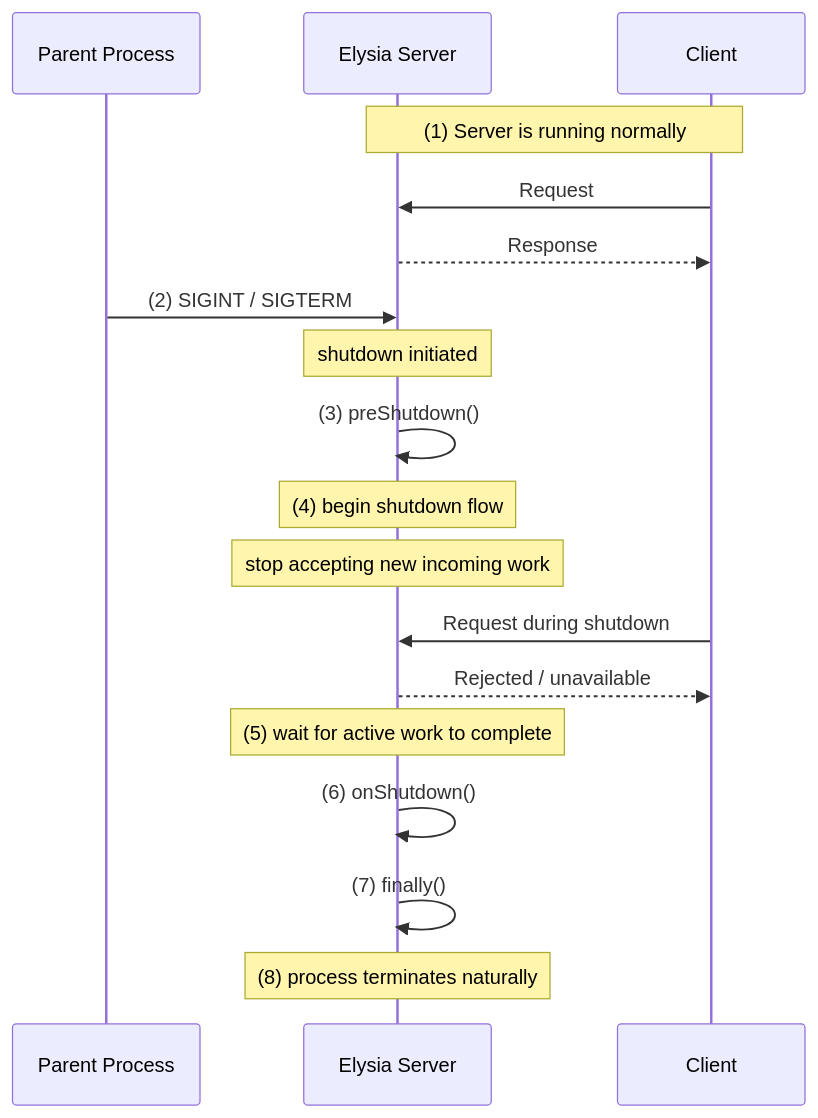
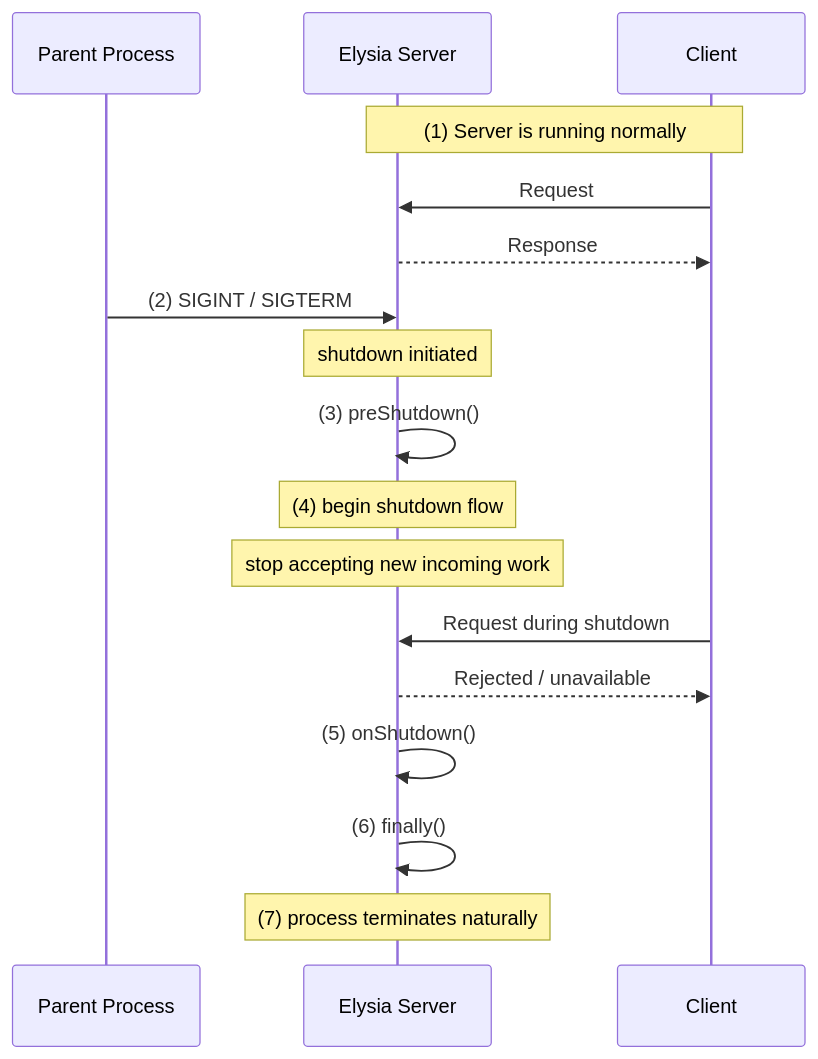
One commit to Naviary-Sanctuary/elysia-graceful-shutdown changed the diagram in README.md. Above: the diagram before and after it, drawn with Mermaid. The commit also changed other lines of this file and 8 other files, not shown here.

````diff
--- a/README.md
+++ b/README.md
@@ -61,29 +58,27 @@
 ```mermaid
 sequenceDiagram
     participant P as Parent Process
     participant S as Elysia Server
     participant C as Client
 
     Note over S,C: (1) Server is running normally
 
     C->>S: Request
     S-->>C: Response
 
     P->>S: (2) SIGINT / SIGTERM
     Note over S: shutdown initiated
 
     S->>S: (3) preShutdown()
 
     Note over S: (4) begin shutdown flow
     Note over S: stop accepting new incoming work
 
     C->>S: Request during shutdown
     S-->>C: Rejected / unavailable
 
-    Note over S: (5) wait for active work to complete
+    S->>S: (5) onShutdown()
+    S->>S: (6) finally()
 
-    S->>S: (6) onShutdown()
-    S->>S: (7) finally()
-
-    Note over S: (8) process terminates naturally
+    Note over S: (7) process terminates naturally
 ```
````
